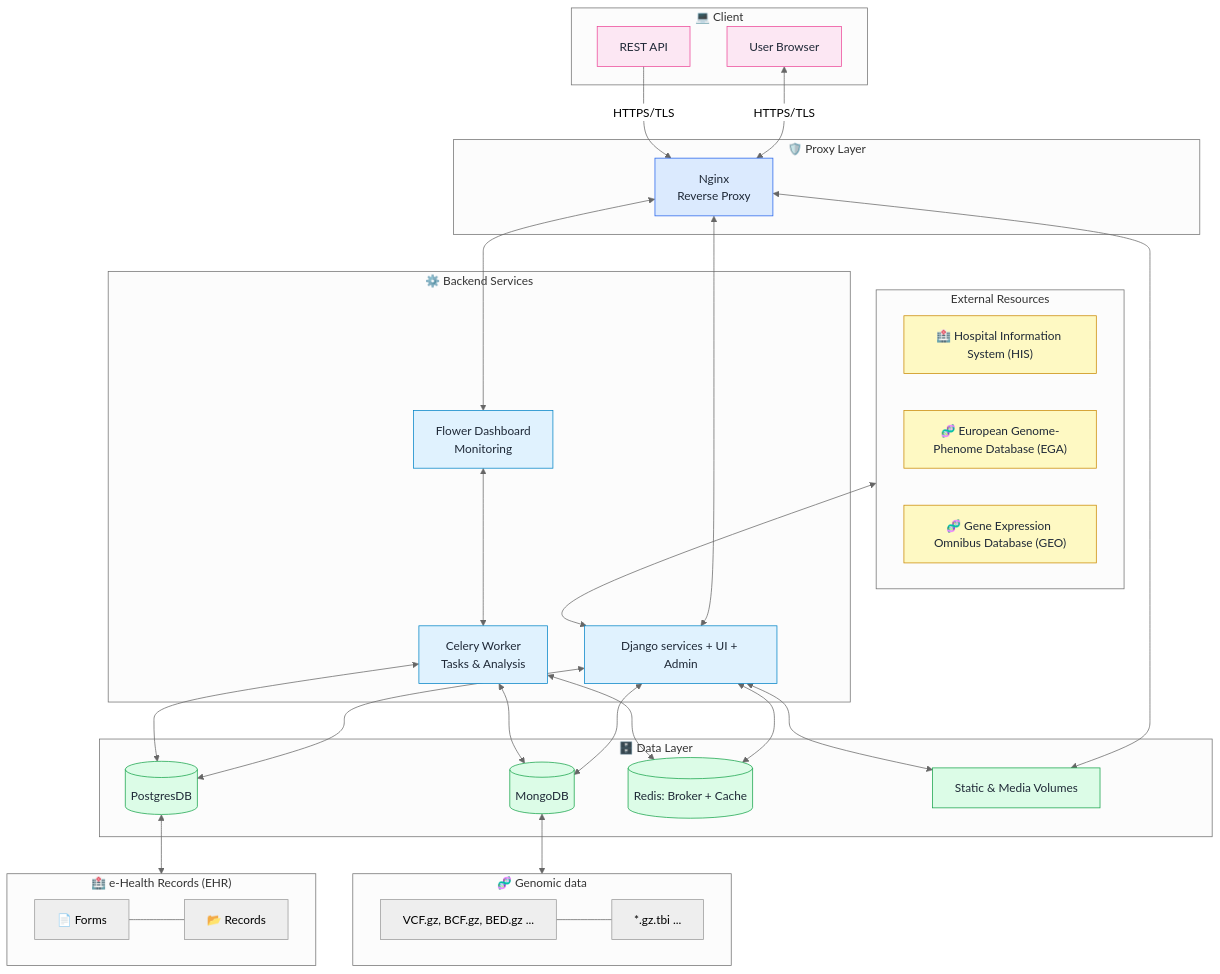
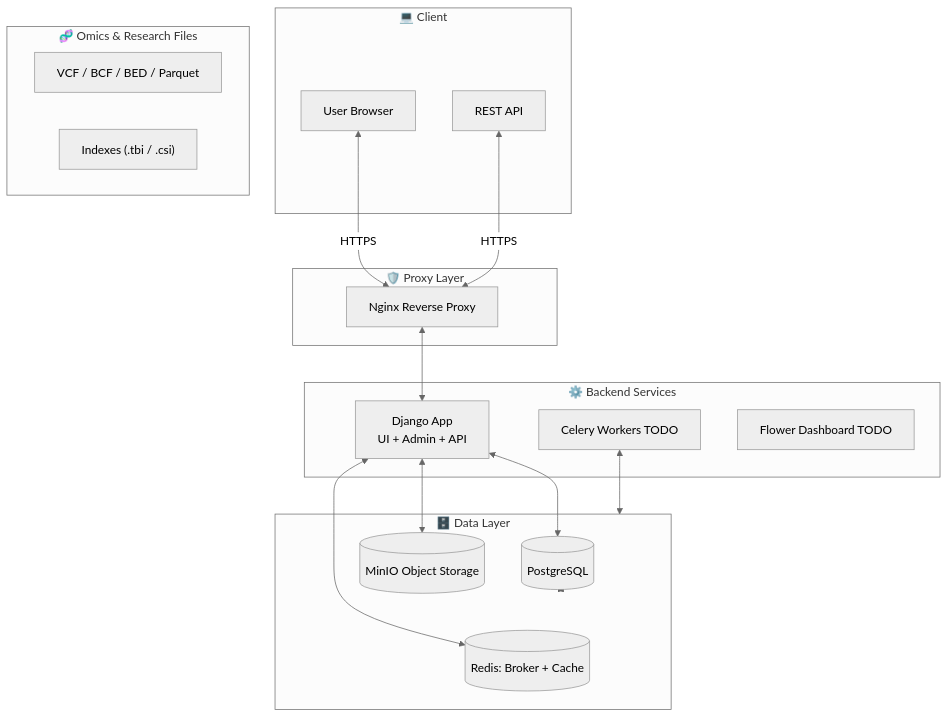
Before and after one commit to RCMC-PUM/ebdms: the diagram in README.md, drawn with Mermaid (neutral theme). The commit also changed other lines of this file and 257 other files, not shown here.

````diff
--- a/README.md
+++ b/README.md
@@ -3,80 +31,44 @@
 ```mermaid
 flowchart TD
     %% CLIENT
     subgraph Client["💻 Client"]
         Browser[User Browser]
         API[REST API]
     end
 
     %% PROXY
-    subgraph ProxyLayer["🛡️ Proxy Layer"]
-        Nginx[Nginx<br/>Reverse Proxy]
+    subgraph Proxy["🛡️ Proxy Layer"]
+        Nginx[Nginx Reverse Proxy]
     end
 
     %% BACKEND
     subgraph Backend["⚙️ Backend Services"]
-        App[Django services + UI + Admin]
-        Celery[Celery Worker<br/>Tasks & Analysis]
-        Flower[Flower Dashboard<br/>Monitoring]
+        Django[Django App<br/>UI + Admin + API]
+        Celery[Celery Workers TODO]
+        Flower[Flower Dashboard TODO]
     end
 
     %% DATA
     subgraph Data["🗄️ Data Layer"]
-        DB[(PostgresDB)]
-        Mongo[(MongoDB)]
+        Postgres[(PostgreSQL)]
         Redis[(Redis: Broker + Cache)]
-        Media[Static & Media Volumes]
+        MinIO[(MinIO Object Storage)]
     end
 
-    %% GENOMIC DATA
-    subgraph Genomic["🧬 Genomic data"]
-        File["VCF.gz, BCF.gz, BED.gz ..."] --- Index["*.gz.tbi ..."]
+    %% FILES
+    subgraph Files["🧬 Omics & Research Files"]
+        FILES["VCF / BCF / BED / Parquet"]
+        IDX["Indexes (.tbi / .csi)"]
     end
 
-    %% Electronic Health Record
-    subgraph EHR["🏥 e-Health Records (EHR)"]
-        ehr_forms["📄 Forms"] --- ehr_records["📂 Records"]
-    end
+    Browser <-- HTTPS --> Nginx
+    API <-- HTTPS --> Nginx
 
-    %% EXTERNAL
-    subgraph External["External Resources"]
-        HIS-data["🏥 Hospital Information System (HIS)"]
-        EGA-data["🧬 European Genome-Phenome Database (EGA)"]
-        GEO-data["🧬 Gene Expression Omnibus Database (GEO)"]
-    end
+    Nginx <--> Django
+    Django <--> Postgres
+    Django <--> Redis
+    Django <--> MinIO
 
-    %% FLOWS
-    Browser <-- HTTPS/TLS --> Nginx
-    API -- HTTPS/TLS --> Nginx
-    Nginx <--> App
-    Nginx <--> Flower
-    Nginx <--> Media
-
-    App <--> DB
-    App <--> Mongo
-    App <--> Redis
-    App <--> Media
-
-    Celery <--> Redis
-    Celery <--> DB
-    Celery <--> Mongo
-    Flower <--> Celery
-
-    Mongo <--> Genomic
-    External <--> App
-    DB <--> EHR
-
-    %% STYLES (placed at bottom so parser is happy)
-    classDef client fill:#FCE7F3,stroke:#EC4899,color:#1F2937,stroke-width:1px;
-    classDef proxy fill:#DBEAFE,stroke:#2563EB,color:#1F2937,stroke-width:1px;
-    classDef backend fill:#E0F2FE,stroke:#0284C7,color:#1F2937,stroke-width:1px;
-    classDef data fill:#DCFCE7,stroke:#16A34A,color:#1F2937,stroke-width:1px;
-    classDef external fill:#FEF9C3,stroke:#CA8A04,color:#1F2937,stroke-width:1px;
-
-    class Browser,API client
-    class Nginx proxy
-    class App,Celery,Flower backend
-    class DB,Mongo,Redis,Media data
-    class HIS-data,EGA-data,GEO-data,EBI-data,ERP-data,MSigDB-data, external
-
+    Postgres <--> Data
+    Celery <--> Data
 ```
````
